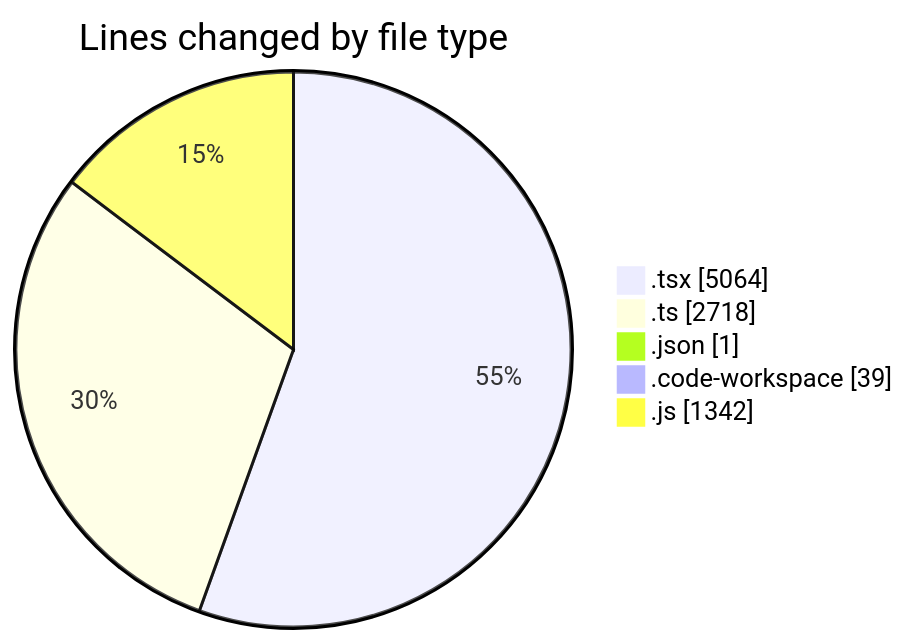
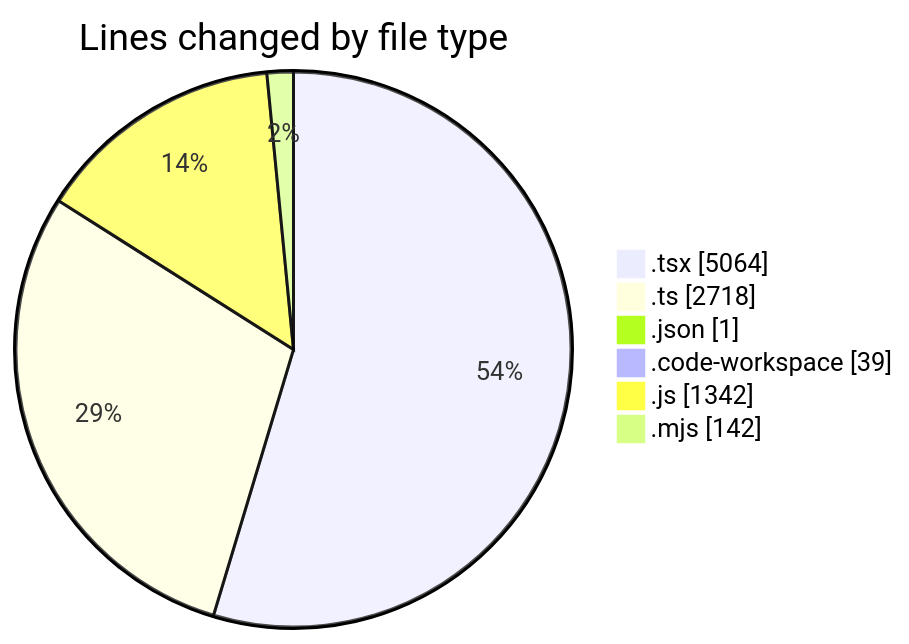
The first of 2 diagrams in 2025-10-08/eventscop-frontend-guide__workspace_/README.md (julien-gomy/code-tracking), drawn with Mermaid before and after one commit. The commit also changed other lines of this file and 1 other file, not shown here.

````diff
--- a/2025-10-08/eventscop-frontend-guide__workspace_/README.md
+++ b/2025-10-08/eventscop-frontend-guide__workspace_/README.md
@@ -59,9 +60,10 @@
 ```mermaid
 pie showData
 title Lines changed by file type
 ".tsx" : 5064
 ".ts" : 2718
 ".json" : 1
 ".code-workspace" : 39
 ".js" : 1342
+".mjs" : 142
 ```
````
